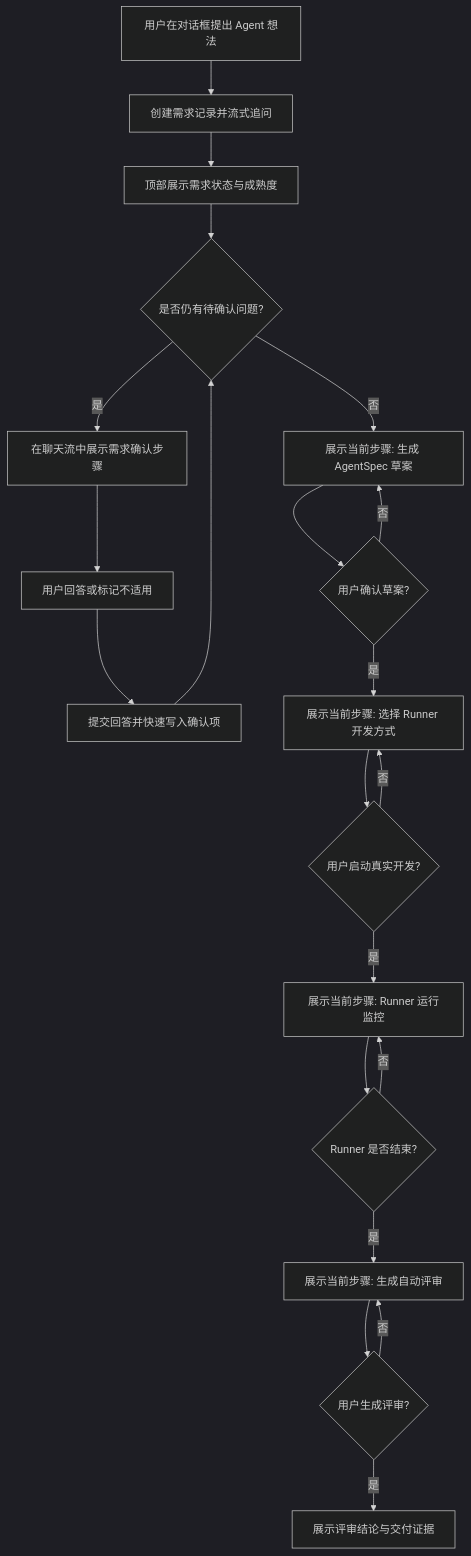
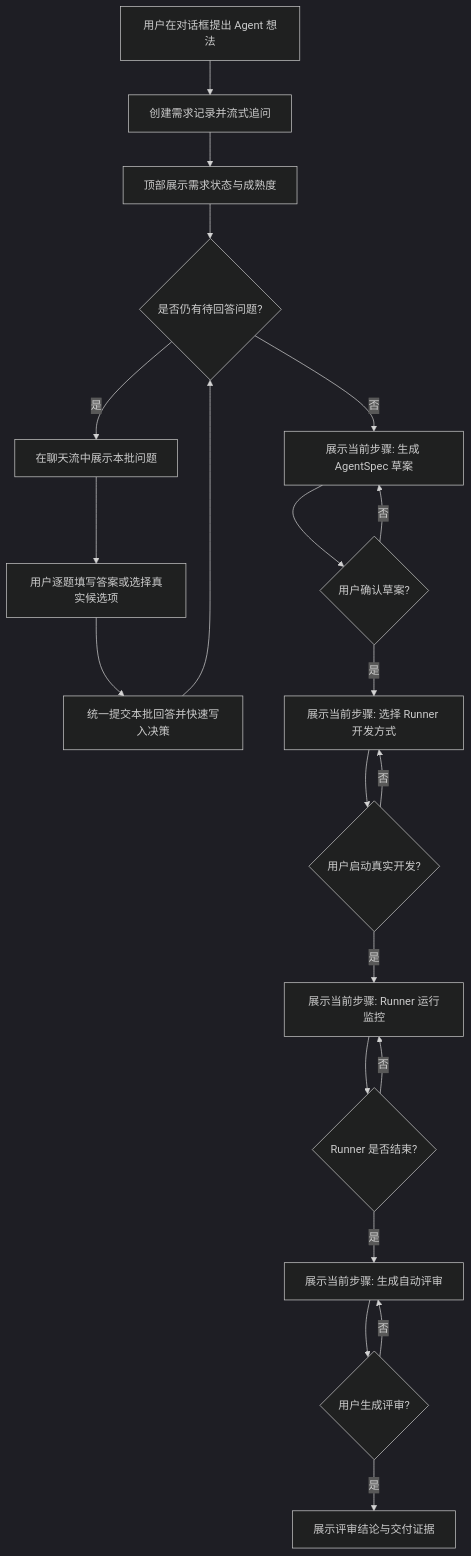
The diagram in README.md (AliceDel66/AgentPro), drawn with Mermaid (dark theme) before and after one commit. The commit also changed other lines of this file and 8 other files, not shown here.

````diff
--- a/README.md
+++ b/README.md
@@ -29,23 +29,23 @@
 ```mermaid
 flowchart TD
     A[用户在对话框提出 Agent 想法] --> B[创建需求记录并流式追问]
     B --> C[顶部展示需求状态与成熟度]
-    C --> D{是否仍有待确认问题?}
-    D -- 是 --> E[在聊天流中展示需求确认步骤]
-    E --> F[用户回答或标记不适用]
-    F --> G[提交回答并快速写入确认项]
+    C --> D{是否仍有待回答问题?}
+    D -- 是 --> E[在聊天流中展示本批问题]
+    E --> F[用户逐题填写答案或选择真实候选项]
+    F --> G[统一提交本批回答并快速写入决策]
     G --> D
     D -- 否 --> H[展示当前步骤: 生成 AgentSpec 草案]
     H --> I{用户确认草案?}
     I -- 否 --> H
     I -- 是 --> J[展示当前步骤: 选择 Runner 开发方式]
     J --> K{用户启动真实开发?}
     K -- 否 --> J
     K -- 是 --> L[展示当前步骤: Runner 运行监控]
     L --> M{Runner 是否结束?}
     M -- 否 --> L
     M -- 是 --> N[展示当前步骤: 生成自动评审]
     N --> O{用户生成评审?}
     O -- 否 --> N
     O -- 是 --> P[展示评审结论与交付证据]
 ```
````
